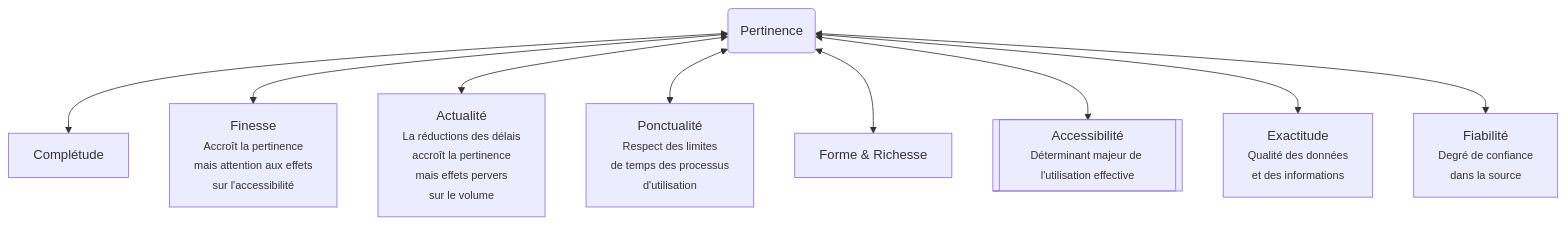
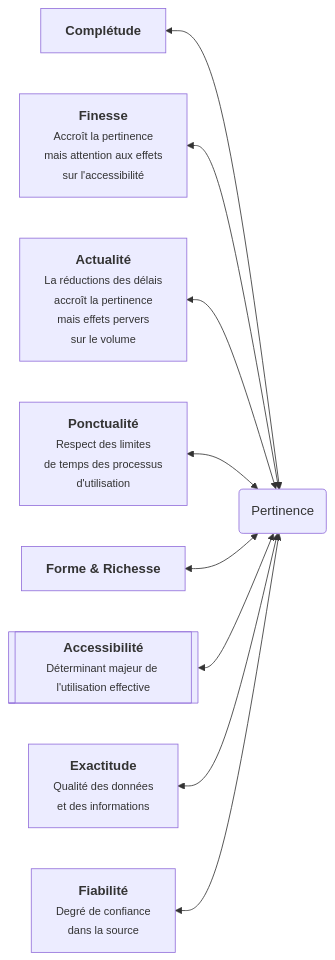
Before and after one commit to do-it-ecm/courses: the third of 6 diagrams in cours/management/si/index.md, drawn with Mermaid. The commit also changed other lines of this file and 6 other files, not shown here.

````diff
--- a/cours/management/si/index.md
+++ b/cours/management/si/index.md
@@ -85,13 +81,13 @@
 ```mermaid
-graph TD;
+graph RL;
   A(Pertinence)
 
-  A <--> B[Complétude]
-  A <--> C[Finesse<br><small>Accroît la pertinence<br>mais attention aux effets<br>sur l'accessibilité</small>]
-  A <--> D[Actualité<br><small>La réductions des délais<br>accroît la pertinence<br>mais effets pervers<br>sur le volume</small>]
-  A <--> E[Ponctualité<br><small>Respect des limites<br>de temps des processus<br>d'utilisation</small>]
-  A <--> F[Forme & Richesse]
-  A <--> G[[Accessibilité<br><small>Déterminant majeur de l'utilisation effective</small>]]
-  A <--> H[Exactitude<br><small>Qualité des données<br>et des informations</small>]
-  A <--> I[Fiabilité<br><small>Degré de confiance<br>dans la source</small>]
+  A <--> B[<b>Complétude</b>]
+  A <--> C[<b>Finesse</b><br><small>Accroît la pertinence<br>mais attention aux effets<br>sur l'accessibilité</small>]
+  A <--> D[<b>Actualité</b><br><small>La réductions des délais<br>accroît la pertinence<br>mais effets pervers<br>sur le volume</small>]
+  A <--> E[<b>Ponctualité</b><br><small>Respect des limites<br>de temps des processus<br>d'utilisation</small>]
+  A <--> F[<b>Forme & Richesse</b>]
+  A <--> G[[<b>Accessibilité</b><br><small>Déterminant majeur de l'utilisation effective</small>]]
+  A <--> H[<b>Exactitude</b><br><small>Qualité des données<br>et des informations</small>]
+  A <--> I[<b>Fiabilité</b><br><small>Degré de confiance<br>dans la source</small>]
 ```
````
